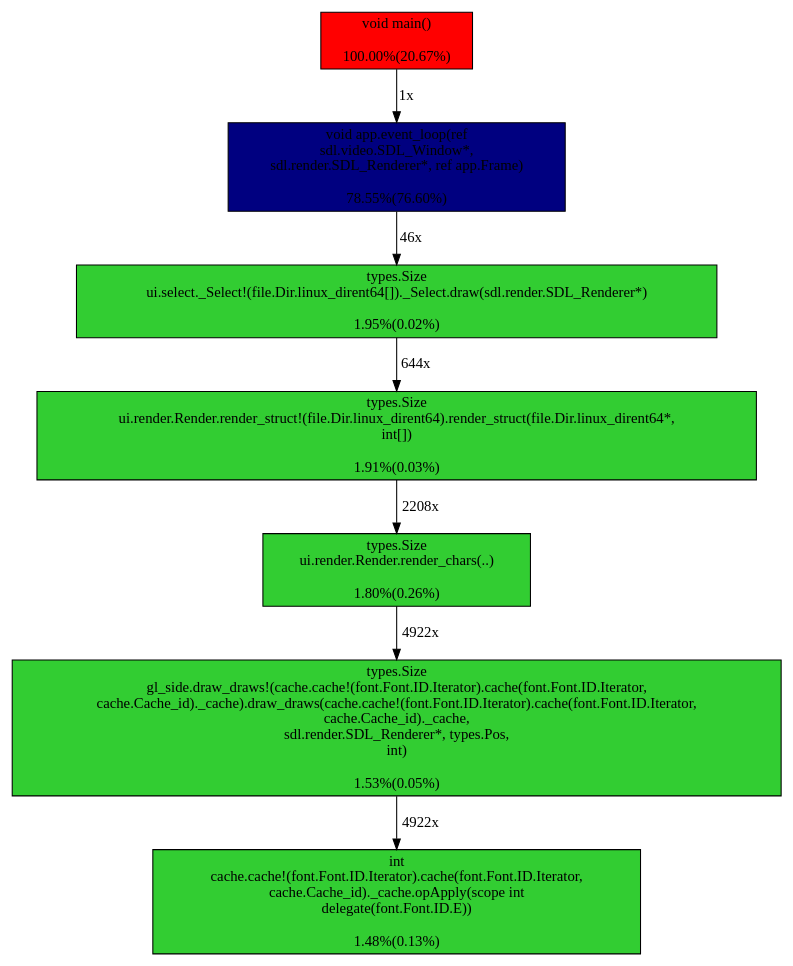
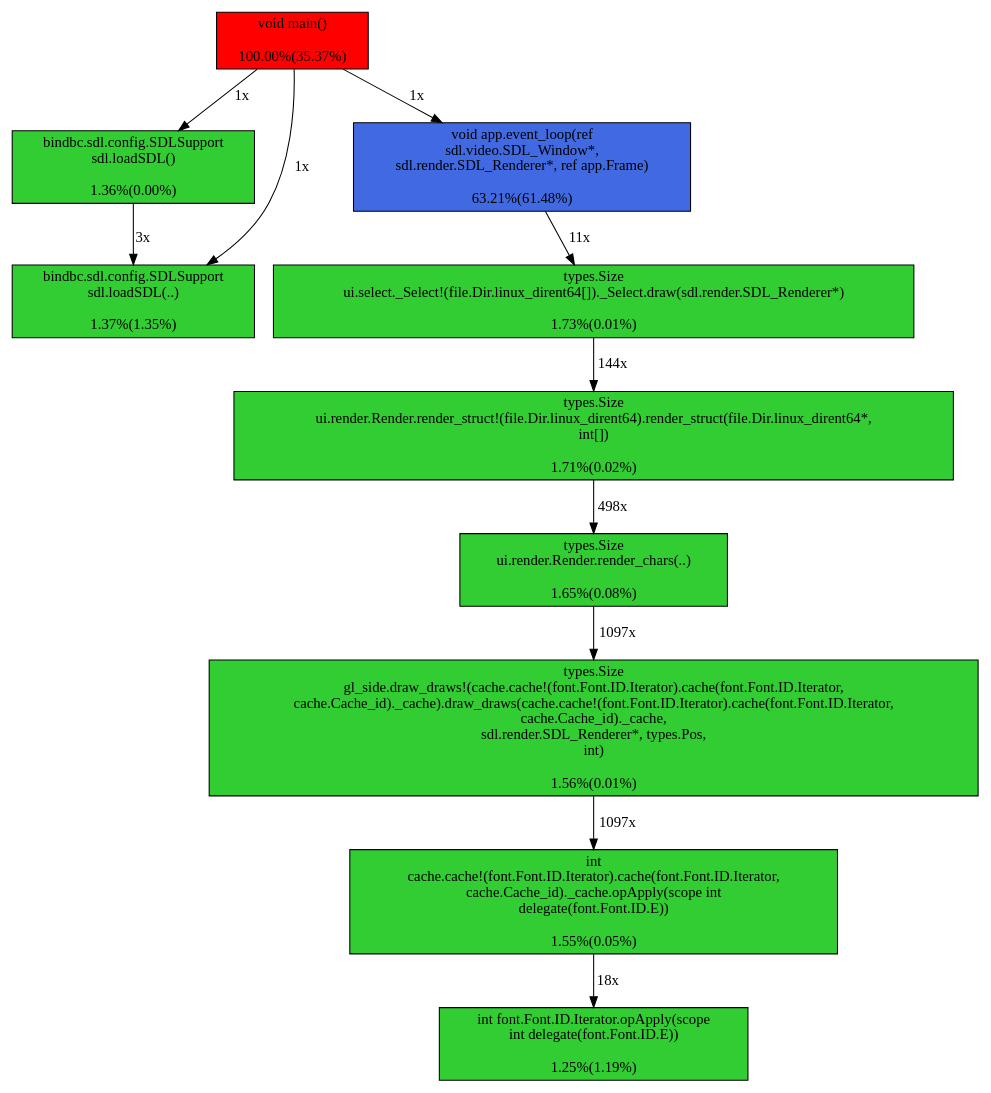
The diagram in file_browser/trace.log.dot (vitalfadeev/vf3), drawn with Graphviz before and after one commit. The commit also changed 11 other files, not shown here.

```diff
--- a/file_browser/trace.log.dot
+++ b/file_browser/trace.log.dot
@@ -1,36 +1,49 @@
 digraph {
 "_D7gl_side__T10draw_drawsTS5cache__TQjTS4font4Font2ID8IteratorZQBkFQBcSQBs8Cache_idZ6_cacheZQDbFQCsPS3sdl6render12SDL_RendererS5types3PosiZSQn4Size" [label="types.Size
 gl_side.draw_draws!(cache.cache!(font.Font.ID.Iterator).cache(font.Font.ID.Iterator,
 cache.Cache_id)._cache).draw_draws(cache.cache!(font.Font.ID.Iterator).cache(font.Font.ID.Iterator,
 cache.Cache_id)._cache,
 sdl.render.SDL_Renderer*, types.Pos,
 int)
-\n1.53%(0.05%)", shape="box", style=filled, fillcolor="limegreen"];
-"_D7gl_side__T10draw_drawsTS5cache__TQjTS4font4Font2ID8IteratorZQBkFQBcSQBs8Cache_idZ6_cacheZQDbFQCsPS3sdl6render12SDL_RendererS5types3PosiZSQn4Size" -> "_D5cache__TQjTS4font4Font2ID8IteratorZQBkFQBcSQBs8Cache_idZ6_cache7opApplyMFMDFSQCnQClQCj1EZiZi" [label="4922x"];
+\n1.56%(0.01%)", shape="box", style=filled, fillcolor="limegreen"];
+"_D7gl_side__T10draw_drawsTS5cache__TQjTS4font4Font2ID8IteratorZQBkFQBcSQBs8Cache_idZ6_cacheZQDbFQCsPS3sdl6render12SDL_RendererS5types3PosiZSQn4Size" -> "_D5cache__TQjTS4font4Font2ID8IteratorZQBkFQBcSQBs8Cache_idZ6_cache7opApplyMFMDFSQCnQClQCj1EZiZi" [label="1097x"];
+"_D3sdl7loadSDLFNbNiZE6bindbcQBa6config10SDLSupport" [label="bindbc.sdl.config.SDLSupport
+sdl.loadSDL()
+\n1.36%(0.00%)", shape="box", style=filled, fillcolor="limegreen"];
+"_D3sdl7loadSDLFNbNiZE6bindbcQBa6config10SDLSupport" -> "_D3sdl7loadSDLFNbNiPxaZE6bindbcQBd6config10SDLSupport" [label="3x"];
 "_D3app10event_loopFKPS3sdl5video10SDL_WindowPSQy6render12SDL_RendererKSQCr5FrameZv" [label="void app.event_loop(ref
 sdl.video.SDL_Window*,
 sdl.render.SDL_Renderer*, ref app.Frame)
-\n78.55%(76.60%)", shape="box", style=filled, fillcolor="navy"];
-"_D3app10event_loopFKPS3sdl5video10SDL_WindowPSQy6render12SDL_RendererKSQCr5FrameZv" -> "_D2ui6select__T7_SelectTAS4file3Dir14linux_dirent64ZQBl4drawMFPS3sdl6render12SDL_RendererZS5types4Size" [label="46x"];
+\n63.21%(61.48%)", shape="box", style=filled, fillcolor="royalblue"];
+"_D3app10event_loopFKPS3sdl5video10SDL_WindowPSQy6render12SDL_RendererKSQCr5FrameZv" -> "_D2ui6select__T7_SelectTAS4file3Dir14linux_dirent64ZQBl4drawMFPS3sdl6render12SDL_RendererZS5types4Size" [label="11x"];
+"_D4font4Font2ID8Iterator7opApplyMFMDFSQBkQBiQBg1EZiZi" [label="int font.Font.ID.Iterator.opApply(scope
+int delegate(font.Font.ID.E))
+\n1.25%(1.19%)", shape="box", style=filled, fillcolor="limegreen"];
 "_Dmain" [label="void main()
-\n100.00%(20.67%)", shape="box", style=filled, fillcolor="red"];
+\n100.00%(35.37%)", shape="box", style=filled, fillcolor="red"];
+"_Dmain" -> "_D3sdl7loadSDLFNbNiZE6bindbcQBa6config10SDLSupport" [label="1x"];
 "_Dmain" -> "_D3app10event_loopFKPS3sdl5video10SDL_WindowPSQy6render12SDL_RendererKSQCr5FrameZv" [label="1x"];
+"_Dmain" -> "_D3sdl7loadSDLFNbNiPxaZE6bindbcQBd6config10SDLSupport" [label="1x"];
 "_D2ui6render6Render12render_charsMFAaZS5types4Size" [label="types.Size
 ui.render.Render.render_chars(..)
-\n1.80%(0.26%)", shape="box", style=filled, fillcolor="limegreen"];
-"_D2ui6render6Render12render_charsMFAaZS5types4Size" -> "_D7gl_side__T10draw_drawsTS5cache__TQjTS4font4Font2ID8IteratorZQBkFQBcSQBs8Cache_idZ6_cacheZQDbFQCsPS3sdl6render12SDL_RendererS5types3PosiZSQn4Size" [label="4922x"];
+\n1.65%(0.08%)", shape="box", style=filled, fillcolor="limegreen"];
+"_D2ui6render6Render12render_charsMFAaZS5types4Size" -> "_D7gl_side__T10draw_drawsTS5cache__TQjTS4font4Font2ID8IteratorZQBkFQBcSQBs8Cache_idZ6_cacheZQDbFQCsPS3sdl6render12SDL_RendererS5types3PosiZSQn4Size" [label="1097x"];
 "_D2ui6select__T7_SelectTAS4file3Dir14linux_dirent64ZQBl4drawMFPS3sdl6render12SDL_RendererZS5types4Size" [label="types.Size
 ui.select._Select!(file.Dir.linux_dirent64[])._Select.draw(sdl.render.SDL_Renderer*)
-\n1.95%(0.02%)", shape="box", style=filled, fillcolor="limegreen"];
-"_D2ui6select__T7_SelectTAS4file3Dir14linux_dirent64ZQBl4drawMFPS3sdl6render12SDL_RendererZS5types4Size" -> "_D2ui6render6Render__T13render_structTS4file3Dir14linux_dirent64ZQBrMFPQBhAiZS5types4Size" [label="644x"];
+\n1.73%(0.01%)", shape="box", style=filled, fillcolor="limegreen"];
+"_D2ui6select__T7_SelectTAS4file3Dir14linux_dirent64ZQBl4drawMFPS3sdl6render12SDL_RendererZS5types4Size" -> "_D2ui6render6Render__T13render_structTS4file3Dir14linux_dirent64ZQBrMFPQBhAiZS5types4Size" [label="144x"];
 "_D2ui6render6Render__T13render_structTS4file3Dir14linux_dirent64ZQBrMFPQBhAiZS5types4Size" [label="types.Size
 ui.render.Render.render_struct!(file.Dir.linux_dirent64).render_struct(file.Dir.linux_dirent64*,
 int[])
-\n1.91%(0.03%)", shape="box", style=filled, fillcolor="limegreen"];
-"_D2ui6render6Render__T13render_structTS4file3Dir14linux_dirent64ZQBrMFPQBhAiZS5types4Size" -> "_D2ui6render6Render12render_charsMFAaZS5types4Size" [label="2208x"];
+\n1.71%(0.02%)", shape="box", style=filled, fillcolor="limegreen"];
+"_D2ui6render6Render__T13render_structTS4file3Dir14linux_dirent64ZQBrMFPQBhAiZS5types4Size" -> "_D2ui6render6Render12render_charsMFAaZS5types4Size" [label="498x"];
 "_D5cache__TQjTS4font4Font2ID8IteratorZQBkFQBcSQBs8Cache_idZ6_cache7opApplyMFMDFSQCnQClQCj1EZiZi" [label="int
 cache.cache!(font.Font.ID.Iterator).cache(font.Font.ID.Iterator,
 cache.Cache_id)._cache.opApply(scope int
 delegate(font.Font.ID.E))
-\n1.48%(0.13%)", shape="box", style=filled, fillcolor="limegreen"];
+\n1.55%(0.05%)", shape="box", style=filled, fillcolor="limegreen"];
+"_D5cache__TQjTS4font4Font2ID8IteratorZQBkFQBcSQBs8Cache_idZ6_cache7opApplyMFMDFSQCnQClQCj1EZiZi" -> "_D4font4Font2ID8Iterator7opApplyMFMDFSQBkQBiQBg1EZiZi" [label="18x"];
+"_D3sdl7loadSDLFNbNiPxaZE6bindbcQBd6config10SDLSupport" [label="bindbc.sdl.config.SDLSupport
+sdl.loadSDL(..)
+\n1.37%(1.35%)", shape="box", style=filled, fillcolor="limegreen"];
 }
```
